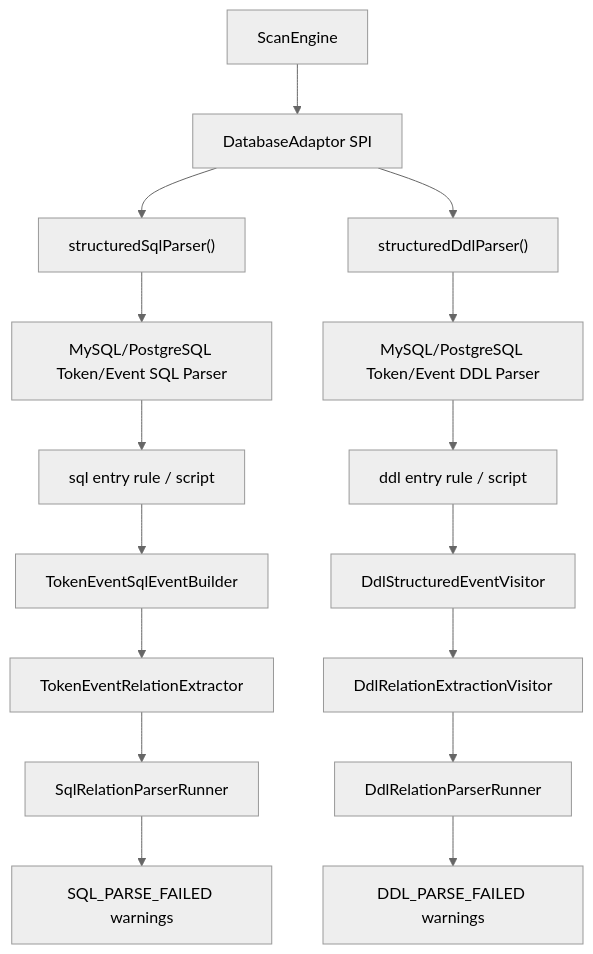
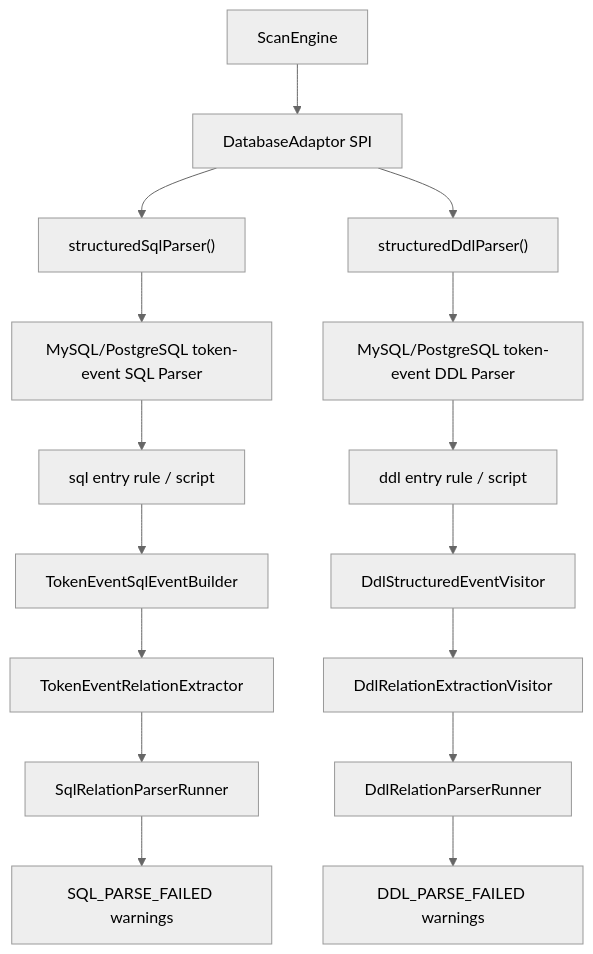
Before and after one commit to xiaoguang/relation-detector: the third of 3 diagrams in docs/design/phase-06-parser-enhancement.md, drawn with Mermaid (neutral theme). The commit also changed other lines of this file and 193 other files, not shown here.

````diff
--- a/docs/design/phase-06-parser-enhancement.md
+++ b/docs/design/phase-06-parser-enhancement.md
@@ -424,35 +504,35 @@
 ```mermaid
 flowchart TD
   scan["ScanEngine"]
   adaptor["DatabaseAdaptor SPI"]
   sqlSpi["structuredSqlParser()"]
   ddlSpi["structuredDdlParser()"]
-  sqlParser["MySQL/PostgreSQL Token/Event SQL Parser"]
-  ddlParser["MySQL/PostgreSQL Token/Event DDL Parser"]
+  sqlParser["MySQL/PostgreSQL token-event SQL Parser"]
+  ddlParser["MySQL/PostgreSQL token-event DDL Parser"]
   sqlEntry["sql entry rule / script"]
   ddlEntry["ddl entry rule / script"]
   sqlEvents["TokenEventSqlEventBuilder"]
   ddlEvents["DdlStructuredEventVisitor"]
   sqlRelations["TokenEventRelationExtractor"]
   ddlRelations["DdlRelationExtractionVisitor"]
   sqlRunner["SqlRelationParserRunner"]
   ddlRunner["DdlRelationParserRunner"]
   sqlDiag["SQL_PARSE_FAILED warnings"]
   ddlDiag["DDL_PARSE_FAILED warnings"]
 
   scan --> adaptor
   adaptor --> sqlSpi
   adaptor --> ddlSpi
   sqlSpi --> sqlParser
   ddlSpi --> ddlParser
   sqlParser --> sqlEntry
   ddlParser --> ddlEntry
   sqlEntry --> sqlEvents
   ddlEntry --> ddlEvents
   sqlEvents --> sqlRelations
   ddlEvents --> ddlRelations
   sqlRelations --> sqlRunner
   ddlRelations --> ddlRunner
   sqlRunner --> sqlDiag
   ddlRunner --> ddlDiag
 ```
````
